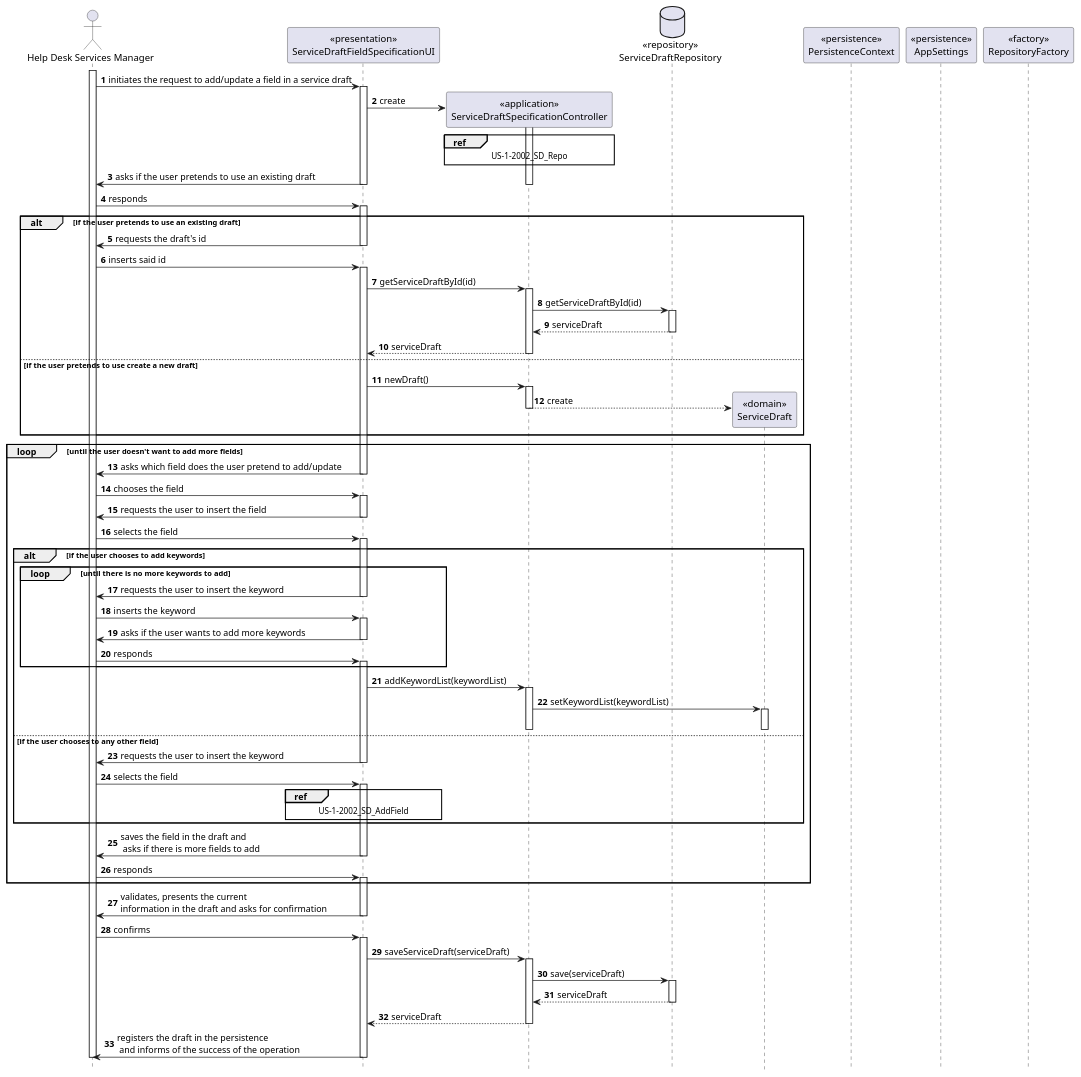
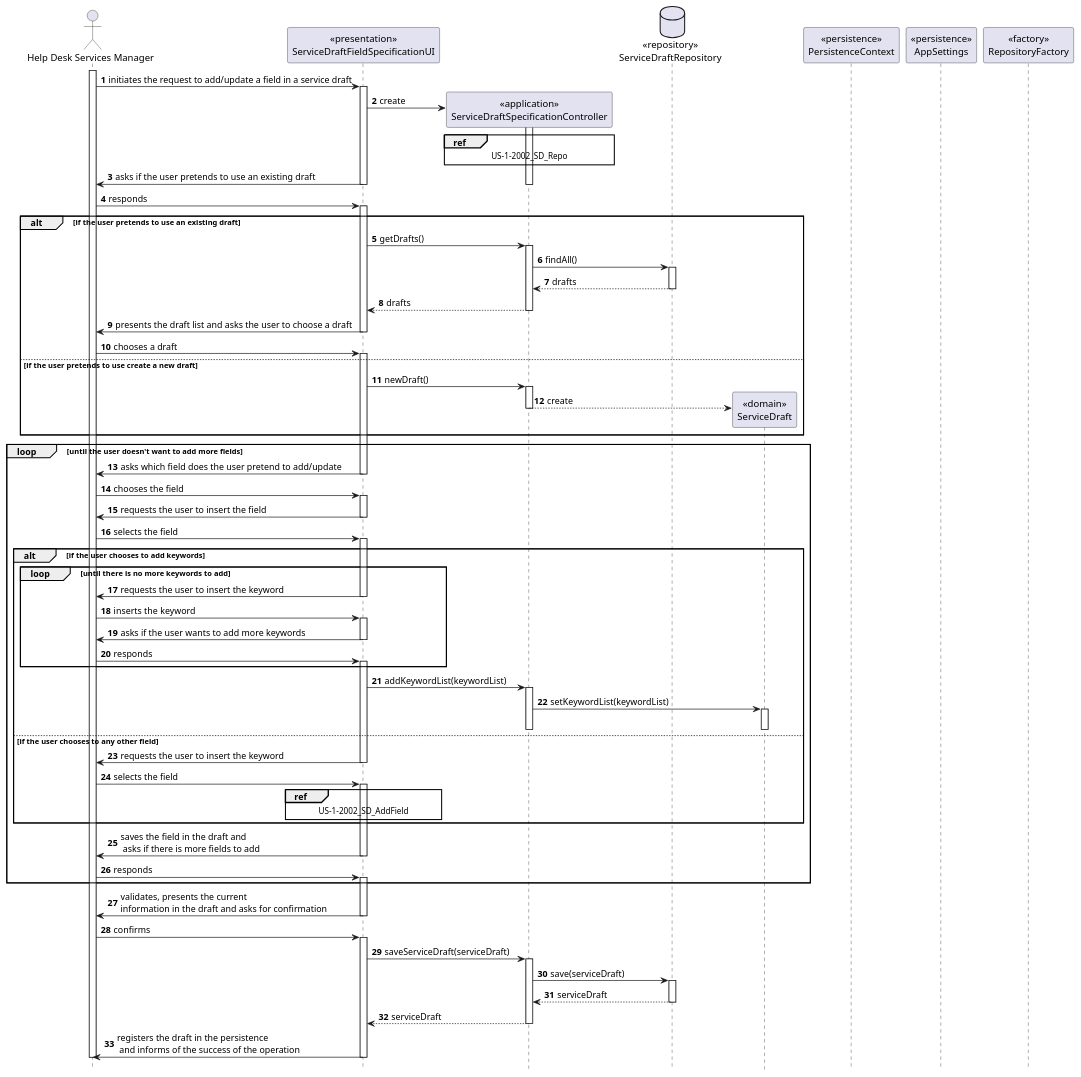
Before and after one commit to tiagoavcosta25/LAPR4: the diagram in doc/engenharia/SprintB/1190967/US-1-2002_ServiceSpecification/DraftFieldSpecification/US-1-2002_SD_DraftField.puml, drawn with PlantUML. The commit also changed 4 other files, not shown here.

```diff
--- a/doc/engenharia/SprintB/1190967/US-1-2002_ServiceSpecification/DraftFieldSpecification/US-1-2002_SD_DraftField.puml
+++ b/doc/engenharia/SprintB/1190967/US-1-2002_ServiceSpecification/DraftFieldSpecification/US-1-2002_SD_DraftField.puml
@@ -1,139 +1,140 @@
 @startuml
 autonumber
 hide footbox
 
 actor "Help Desk Services Manager" as HSM
 
 participant "<<presentation>>\nServiceDraftFieldSpecificationUI" as UI
 participant "<<application>>\nServiceDraftSpecificationController" as CTRL
 database "<<repository>>\nServiceDraftRepository" as SR
 participant "<<domain>>\nServiceDraft" as S
 participant "<<persistence>>\nPersistenceContext" as PC
 participant "<<persistence>>\nAppSettings" as AS
 participant "<<factory>>\nRepositoryFactory" as RF
 
 activate HSM
 
 HSM -> UI : initiates the request to add/update a field in a service draft
 activate UI
 
 UI -> CTRL** : create
 activate CTRL
 
 ref over CTRL
   US-1-2002_SD_Repo
 end ref
 
 UI -> HSM : asks if the user pretends to use an existing draft
 deactivate CTRL
 deactivate UI
 
 HSM -> UI : responds
 activate UI
 
 alt if the user pretends to use an existing draft
-UI -> HSM : requests the draft's id
+
+UI -> CTRL : getDrafts()
+activate CTRL
+
+CTRL -> SR : findAll()
+activate SR
+SR --> CTRL : drafts
+deactivate SR
+
+CTRL --> UI : drafts
+deactivate CTRL
+
+UI -> HSM : presents the draft list and asks the user to choose a draft
 deactivate UI
 
-HSM -> UI : inserts said id
+HSM -> UI : chooses a draft
 activate UI
-
-UI -> CTRL : getServiceDraftById(id)
-activate CTRL
-
-CTRL -> SR : getServiceDraftById(id)
-activate SR
-SR --> CTRL : serviceDraft
-deactivate SR
-
-CTRL --> UI : serviceDraft
-deactivate CTRL
 
 else if the user pretends to use create a new draft
 
 UI -> CTRL : newDraft()
 activate CTRL
 
 CTRL --> S** : create
 deactivate CTRL
 end
 
 loop until the user doesn't want to add more fields
 UI -> HSM : asks which field does the user pretend to add/update
 deactivate UI
 
 HSM -> UI : chooses the field
 activate UI
 
 UI -> HSM : requests the user to insert the field
 deactivate UI
 
 HSM -> UI : selects the field
 activate UI
 
 alt if the user chooses to add keywords
 loop until there is no more keywords to add
 UI -> HSM : requests the user to insert the keyword
 deactivate UI
 
 HSM -> UI : inserts the keyword
 activate UI
 
 UI -> HSM : asks if the user wants to add more keywords
 deactivate UI
 
 HSM -> UI : responds
 activate UI
 end
 
 UI -> CTRL : addKeywordList(keywordList)
 activate CTRL
 
 CTRL -> S : setKeywordList(keywordList)
 activate S
 deactivate S
 deactivate CTRL
 
 else if the user chooses to any other field
 
 UI -> HSM : requests the user to insert the keyword
 deactivate UI
 
 HSM -> UI : selects the field
 activate UI
 
 ref over UI
     US-1-2002_SD_AddField
 end ref
 end
 
 UI -> HSM : saves the field in the draft and\n asks if there is more fields to add
 deactivate UI
 
 HSM -> UI : responds
 activate UI
 end
 
 UI -> HSM : validates, presents the current \ninformation in the draft and asks for confirmation
 deactivate UI
 
 HSM -> UI : confirms
 activate UI
 
 UI -> CTRL : saveServiceDraft(serviceDraft)
 activate CTRL
 
 CTRL -> SR : save(serviceDraft)
 activate SR
 SR --> CTRL : serviceDraft
 deactivate SR
 
 
 CTRL --> UI : serviceDraft
 deactivate CTRL
 
 UI -> HSM : registers the draft in the persistence\n and informs of the success of the operation
 deactivate UI
 deactivate HSM
 
 @enduml
```
